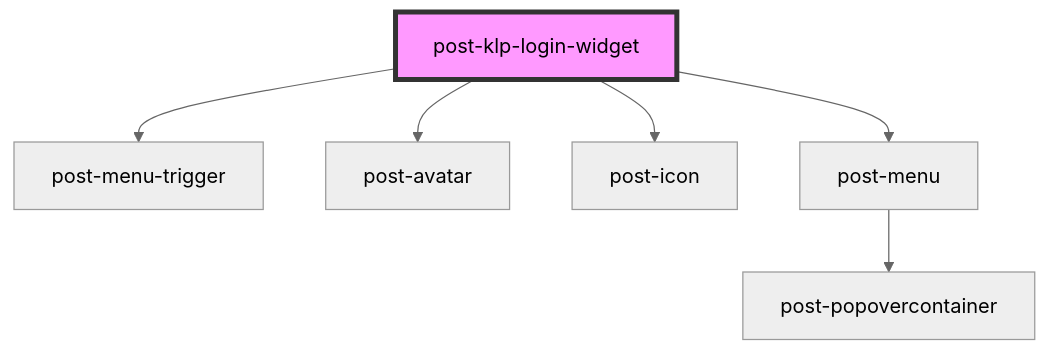
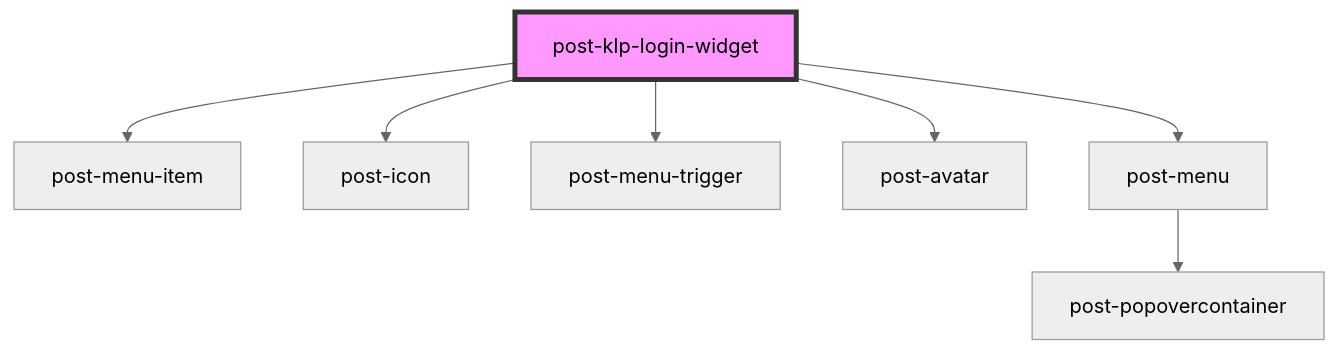
Before and after one commit to swisspost/design-system: the diagram in packages/components/src/components/post-klp-login-widget/readme.md, drawn with Mermaid (neutral theme). The commit also changed other lines of this file and 40 other files, not shown here.

First line of the commit message:
feat(components): render the login widget's menu entries internally

````diff
--- a/packages/components/src/components/post-klp-login-widget/readme.md
+++ b/packages/components/src/components/post-klp-login-widget/readme.md
@@ -44,9 +60,10 @@
 ```mermaid
 graph TD;
+  post-klp-login-widget --> post-menu-item
+  post-klp-login-widget --> post-icon
   post-klp-login-widget --> post-menu-trigger
   post-klp-login-widget --> post-avatar
-  post-klp-login-widget --> post-icon
   post-klp-login-widget --> post-menu
   post-menu --> post-popovercontainer
   style post-klp-login-widget fill:#f9f,stroke:#333,stroke-width:4px
 ```
````
